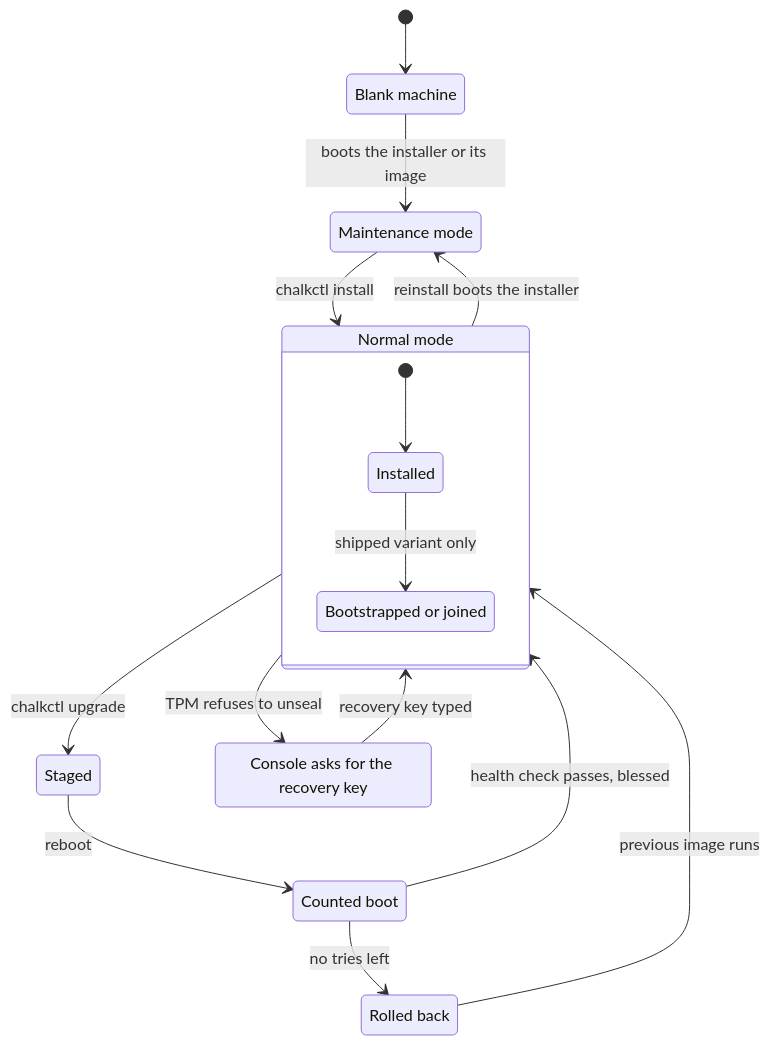
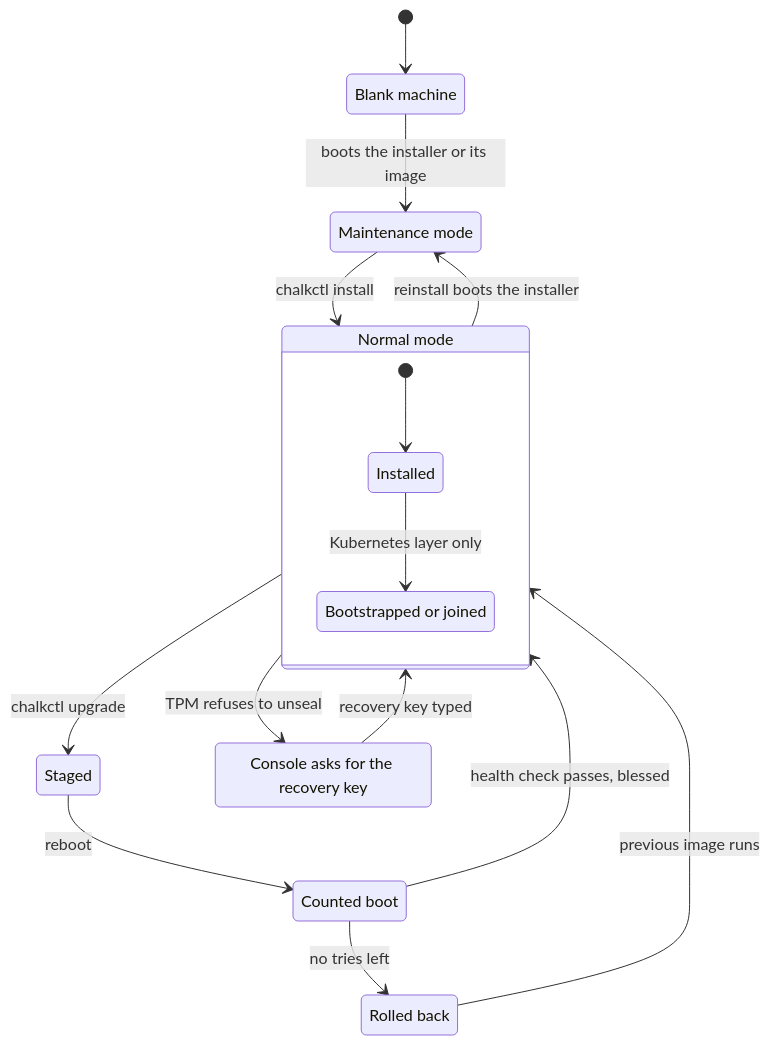
The second of 2 diagrams in docs/how-it-works/node/overview.md (trevex/chalkos), drawn with Mermaid before and after one commit. The commit also changed other lines of this file and 68 other files, not shown here.

````diff
--- a/docs/how-it-works/node/overview.md
+++ b/docs/how-it-works/node/overview.md
@@ -60,26 +60,26 @@
 ```mermaid
 stateDiagram-v2
     state "Blank machine" as Blank
     state "Maintenance mode" as Maintenance
     state "Normal mode" as Normal {
         state "Installed" as Installed
         state "Bootstrapped or joined" as Joined
         [*] --> Installed
-        Installed --> Joined: shipped variant only
+        Installed --> Joined: Kubernetes layer only
     }
     state "Staged" as Staged
     state "Counted boot" as Counted
     state "Rolled back" as RolledBack
     state "Console asks for the recovery key" as Recovery
     [*] --> Blank
     Blank --> Maintenance: boots the installer or its image
     Maintenance --> Normal: chalkctl install
     Normal --> Staged: chalkctl upgrade
     Staged --> Counted: reboot
     Counted --> Normal: health check passes, blessed
     Counted --> RolledBack: no tries left
     RolledBack --> Normal: previous image runs
     Normal --> Recovery: TPM refuses to unseal
     Recovery --> Normal: recovery key typed
     Normal --> Maintenance: reinstall boots the installer
 ```
````
